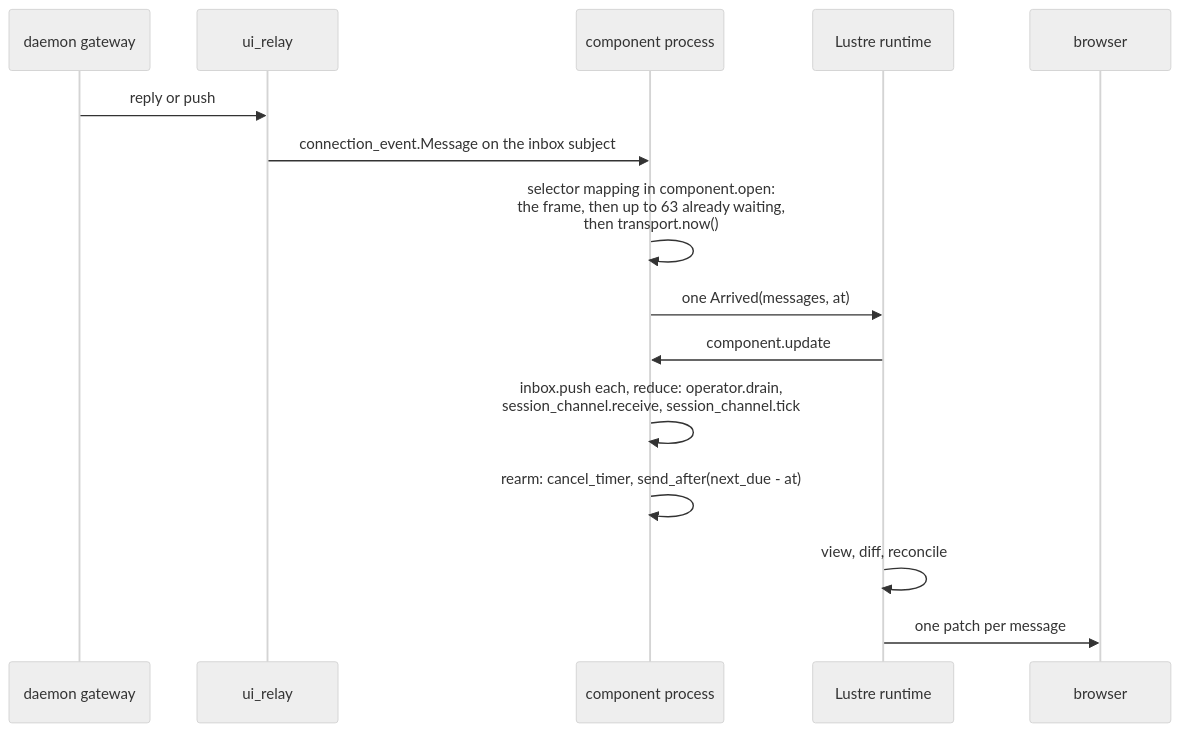
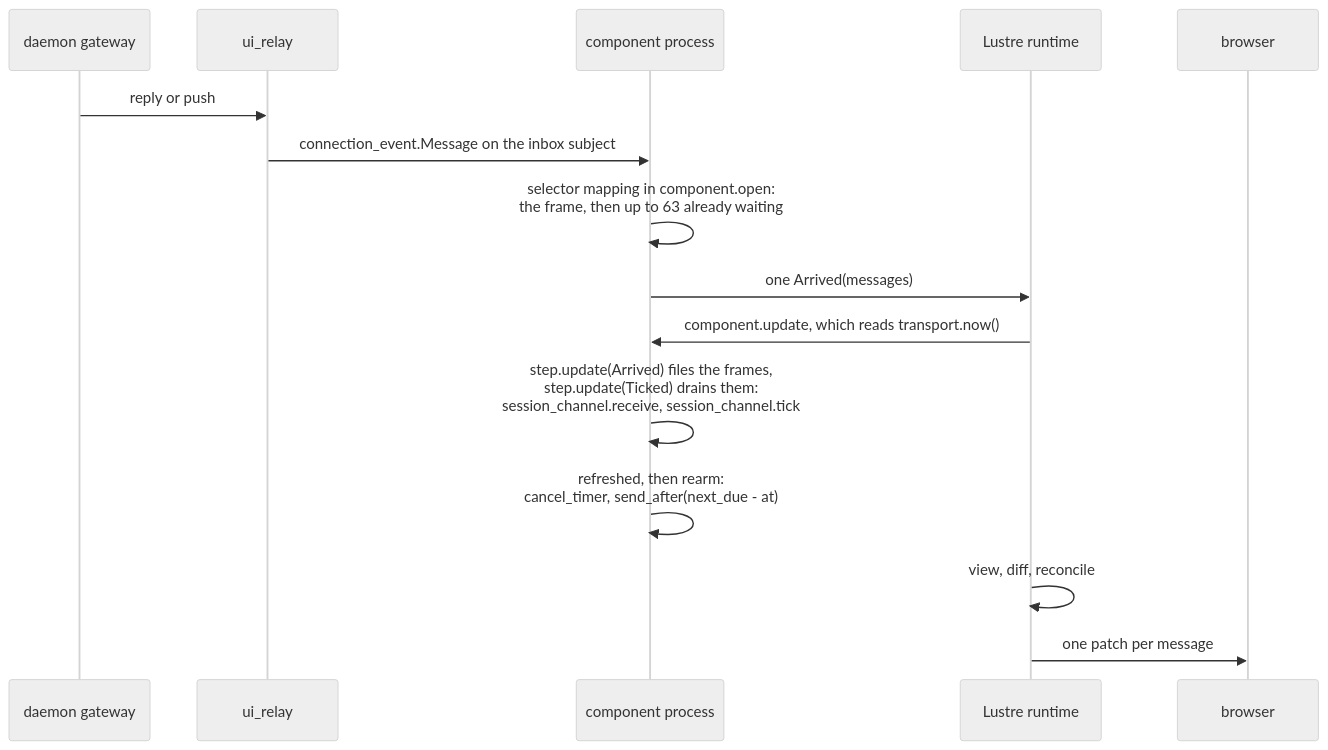
Before and after one commit to Roasbeef/loom: the second of 4 diagrams in docs/architecture/delivery.md, drawn with Mermaid (neutral theme). The commit also changed other lines of this file and 7 other files, not shown here.

````diff
--- a/docs/architecture/delivery.md
+++ b/docs/architecture/delivery.md
@@ -138,17 +138,17 @@
 ```mermaid
 sequenceDiagram
     participant G as daemon gateway
     participant R as ui_relay
     participant C as component process
     participant L as Lustre runtime
     participant B as browser
     G->>R: reply or push
     R->>C: connection_event.Message on the inbox subject
-    C->>C: selector mapping in component.open:<br/>the frame, then up to 63 already waiting,<br/>then transport.now()
-    C->>L: one Arrived(messages, at)
-    L->>C: component.update
-    C->>C: inbox.push each, reduce: operator.drain,<br/>session_channel.receive, session_channel.tick
-    C->>C: rearm: cancel_timer, send_after(next_due - at)
+    C->>C: selector mapping in component.open:<br/>the frame, then up to 63 already waiting
+    C->>L: one Arrived(messages)
+    L->>C: component.update, which reads transport.now()
+    C->>C: step.update(Arrived) files the frames,<br/>step.update(Ticked) drains them:<br/>session_channel.receive, session_channel.tick
+    C->>C: refreshed, then rearm:<br/>cancel_timer, send_after(next_due - at)
     L->>L: view, diff, reconcile
     L->>B: one patch per message
 ```
````
